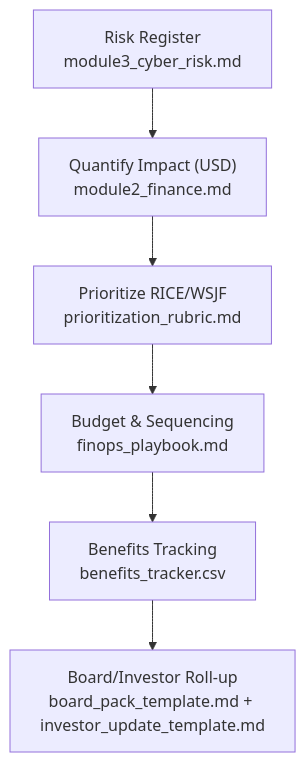
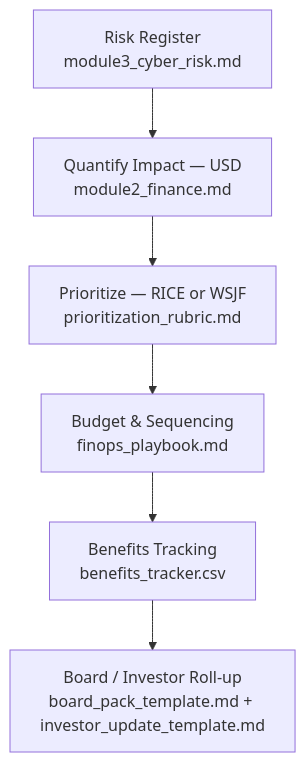
The second of 7 diagrams in CXO-TOOLKIT.md (emcdo411/tech-fractional-cxo-program), drawn with Mermaid before and after one commit. The commit also changed other lines of this file, not shown here.

````diff
--- a/CXO-TOOLKIT.md
+++ b/CXO-TOOLKIT.md
@@ -162,8 +162,8 @@
 ```mermaid
 flowchart TD
-  A["Risk Register<br/>module3_cyber_risk.md"] --> B["Quantify Impact (USD)<br/>module2_finance.md"]
-  B --> C["Prioritize RICE/WSJF<br/>prioritization_rubric.md"]
+  A["Risk Register<br/>module3_cyber_risk.md"] --> B["Quantify Impact — USD<br/>module2_finance.md"]
+  B --> C["Prioritize — RICE or WSJF<br/>prioritization_rubric.md"]
   C --> D["Budget & Sequencing<br/>finops_playbook.md"]
   D --> E["Benefits Tracking<br/>benefits_tracker.csv"]
-  E --> F["Board/Investor Roll-up<br/>board_pack_template.md + investor_update_template.md"]
+  E --> F["Board / Investor Roll-up<br/>board_pack_template.md + investor_update_template.md"]
 ```
````
